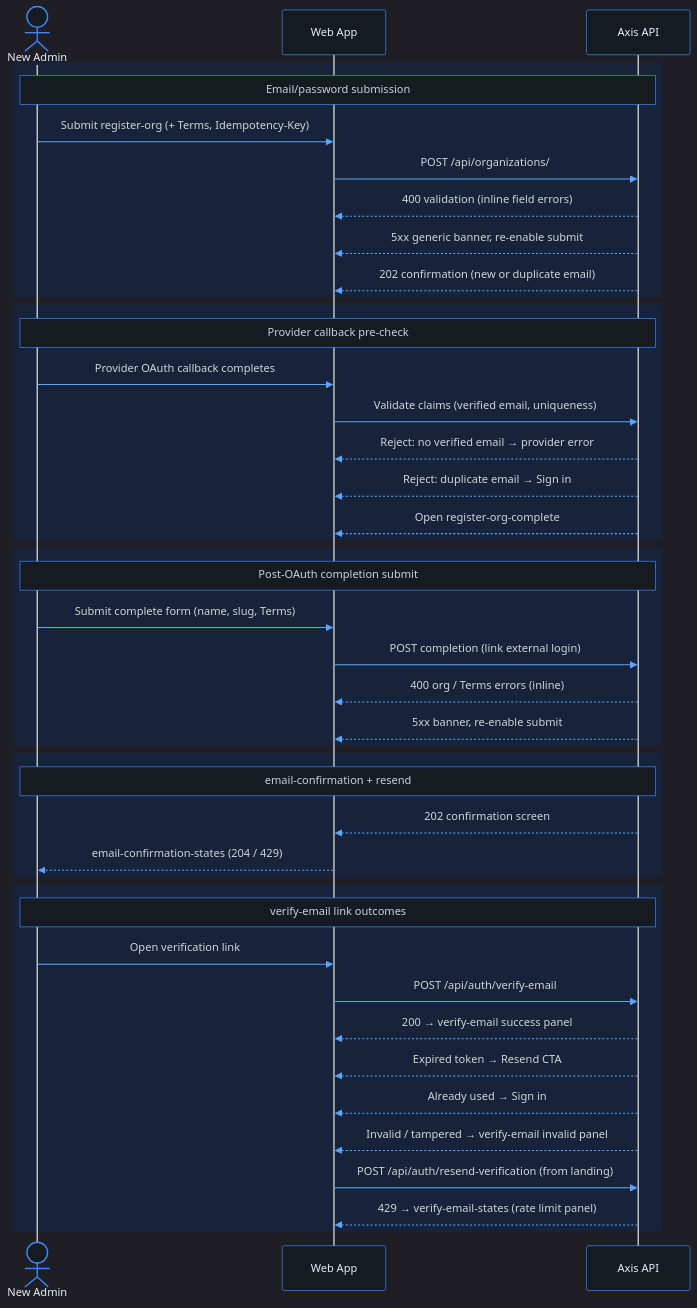
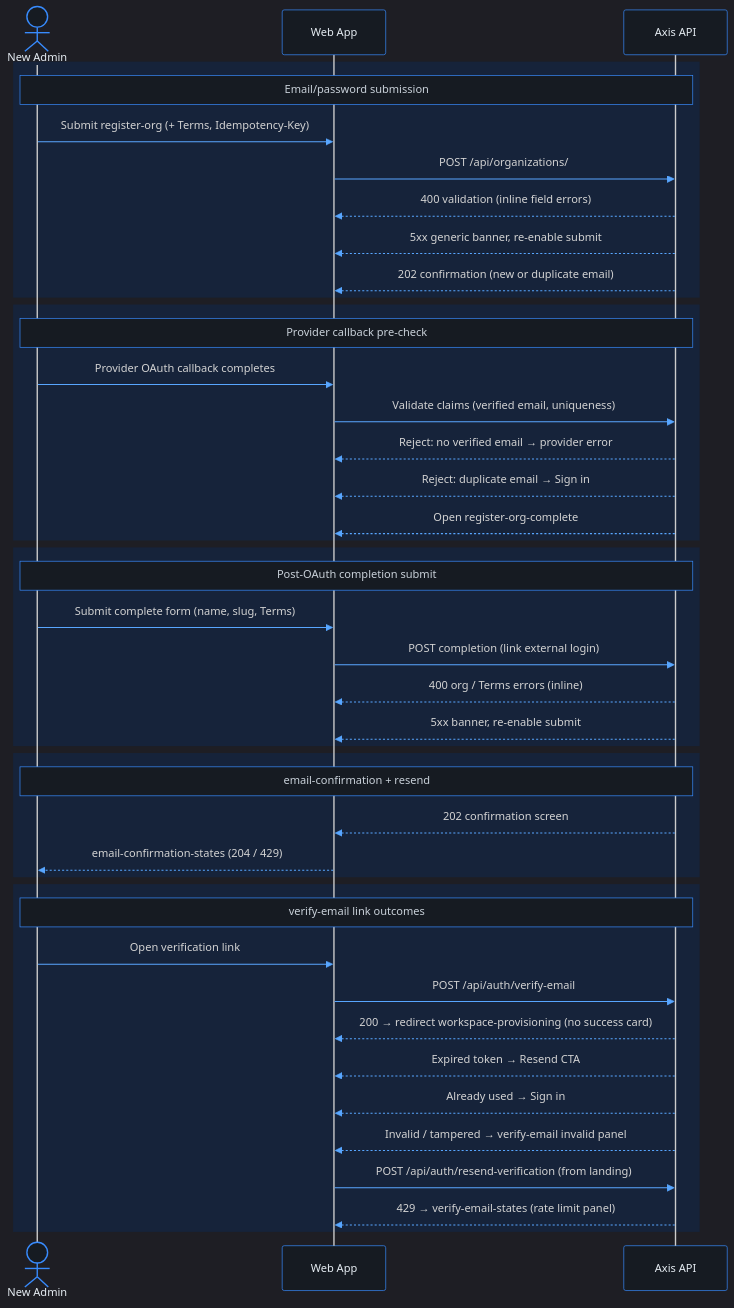
One commit to phuongnse/axis changed the fourth of 4 diagrams in docs/use-cases/platform-foundation/register-org/README.md. Above: the diagram before and after it, drawn with Mermaid. The commit also changed other lines of this file and 5 other files, not shown here.

First line of the commit message:
docs(wireframes): remove verify-email success screen

````diff
--- a/docs/use-cases/platform-foundation/register-org/README.md
+++ b/docs/use-cases/platform-foundation/register-org/README.md
@@ -309,52 +310,52 @@
 ```mermaid
 %%{init: {'theme':'dark','themeVariables':{'background':'#0d1117','mainBkg':'#0d1117','primaryColor':'#161b22','primaryBorderColor':'#388bfd','primaryTextColor':'#e6edf3','secondaryColor':'#21262d','secondaryBorderColor':'#388bfd','secondaryTextColor':'#e6edf3','tertiaryColor':'#161b22','tertiaryTextColor':'#e6edf3','lineColor':'#58a6ff','textColor':'#e6edf3','nodeBorder':'#388bfd','clusterBkg':'#161b22','clusterBorder':'#388bfd','titleColor':'#e6edf3','edgeLabelBackground':'#161b22','actorBkg':'#161b22','actorBorder':'#388bfd','actorTextColor':'#e6edf3','signalColor':'#58a6ff','labelBoxBkgColor':'#161b22','labelBoxBorderColor':'#388bfd','noteBkgColor':'#161b22','noteBorderColor':'#388bfd','noteTextColor':'#c9d1d9','activationBkgColor':'#30363d'}}}%%
 
 sequenceDiagram
   actor Admin as New Admin
   participant Web as Web App
   participant API as Axis API
 
   rect rgb(22, 35, 58)
     Note over Admin,API: Email/password submission
     Admin->>Web: Submit register-org (+ Terms, Idempotency-Key)
     Web->>API: POST /api/organizations/
     API-->>Web: 400 validation (inline field errors)
     API-->>Web: 5xx generic banner, re-enable submit
     API-->>Web: 202 confirmation (new or duplicate email)
   end
 
   rect rgb(22, 35, 58)
     Note over Admin,API: Provider callback pre-check
     Admin->>Web: Provider OAuth callback completes
     Web->>API: Validate claims (verified email, uniqueness)
     API-->>Web: Reject: no verified email → provider error
     API-->>Web: Reject: duplicate email → Sign in
     API-->>Web: Open register-org-complete
   end
 
   rect rgb(22, 35, 58)
     Note over Admin,API: Post-OAuth completion submit
     Admin->>Web: Submit complete form (name, slug, Terms)
     Web->>API: POST completion (link external login)
     API-->>Web: 400 org / Terms errors (inline)
     API-->>Web: 5xx banner, re-enable submit
   end
 
   rect rgb(22, 35, 58)
     Note over Admin,API: email-confirmation + resend
     API-->>Web: 202 confirmation screen
     Web-->>Admin: email-confirmation-states (204 / 429)
   end
 
   rect rgb(22, 35, 58)
     Note over Admin,API: verify-email link outcomes
     Admin->>Web: Open verification link
     Web->>API: POST /api/auth/verify-email
-    API-->>Web: 200 → verify-email success panel
+    API-->>Web: 200 → redirect workspace-provisioning (no success card)
     API-->>Web: Expired token → Resend CTA
     API-->>Web: Already used → Sign in
     API-->>Web: Invalid / tampered → verify-email invalid panel
     Web->>API: POST /api/auth/resend-verification (from landing)
     API-->>Web: 429 → verify-email-states (rate limit panel)
   end
 ```
````
